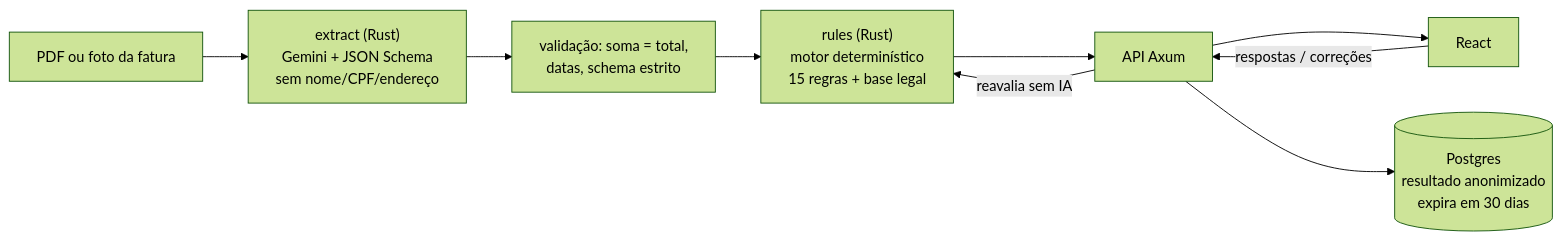
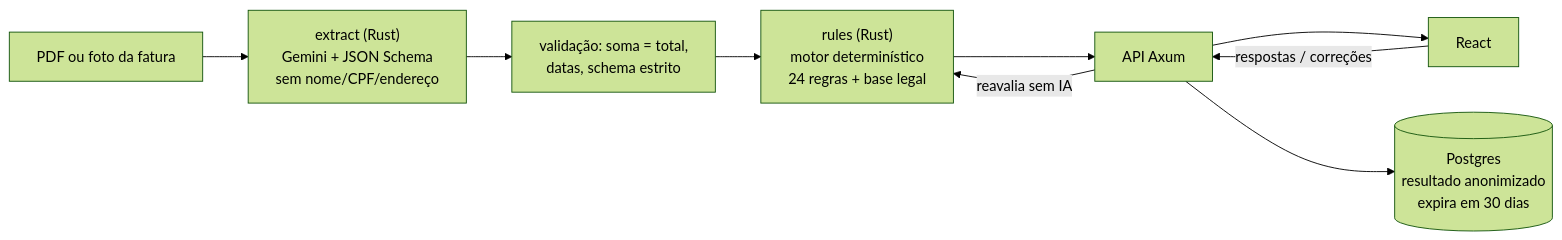
The diagram in README.md (HeitorM50/humanobill), drawn with Mermaid (forest theme) before and after one commit. The commit also changed other lines of this file and 52 other files, not shown here.

````diff
--- a/README.md
+++ b/README.md
@@ -44,10 +44,10 @@
 ```mermaid
 flowchart LR
   U[PDF ou foto da fatura] --> E["extract (Rust)<br/>Gemini + JSON Schema<br/>sem nome/CPF/endereço"]
   E --> V[validação: soma = total,<br/>datas, schema estrito]
-  V --> R["rules (Rust)<br/>motor determinístico<br/>15 regras + base legal"]
+  V --> R["rules (Rust)<br/>motor determinístico<br/>24 regras + base legal"]
   R --> A[API Axum] --> W[React]
   W -- respostas / correções --> A
   A -- reavalia sem IA --> R
   A --> D[(Postgres<br/>resultado anonimizado<br/>expira em 30 dias)]
 ```
````
